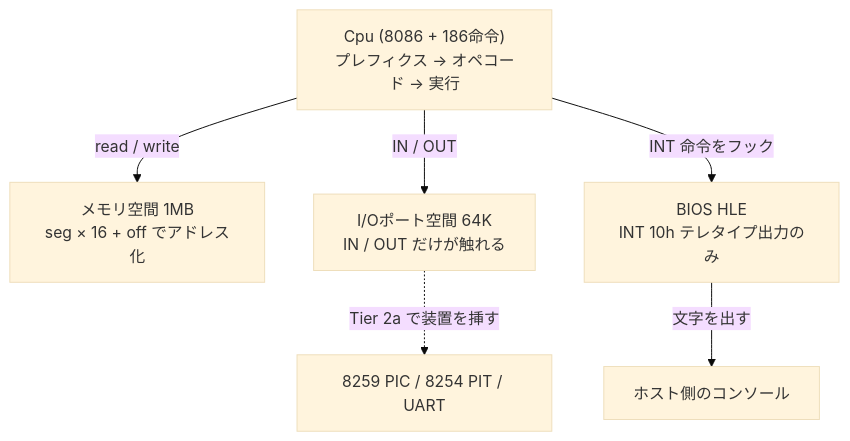
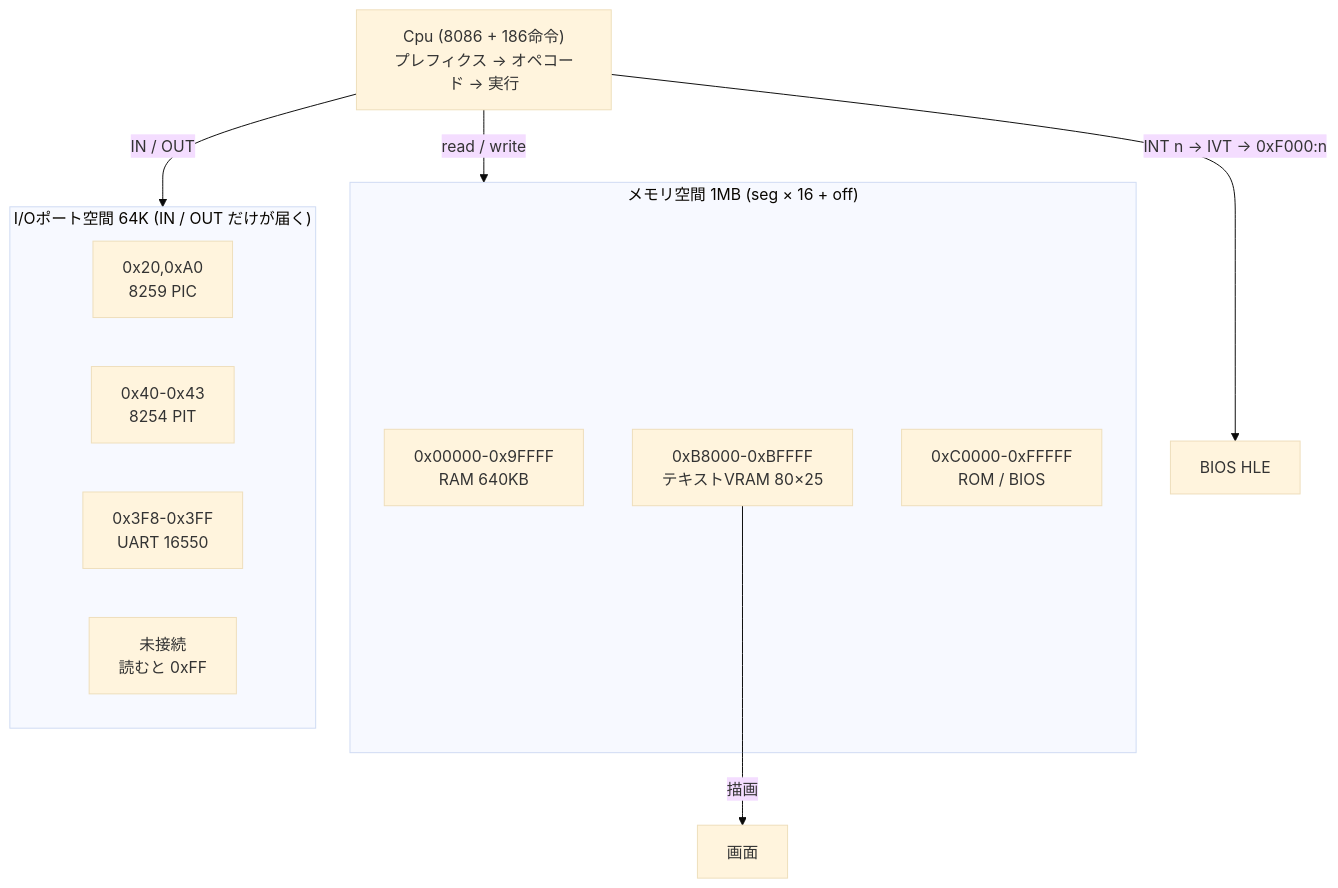
Before and after one commit to yoshiharu-ishii/rustx86: the first of 6 diagrams in docs/architecture.md, drawn with Mermaid (base theme). The commit also changed other lines of this file and 7 other files, not shown here.

````diff
--- a/docs/architecture.md
+++ b/docs/architecture.md
@@ -10,12 +10,22 @@
 ```mermaid
 flowchart TB
     CPU["Cpu (8086 + 186命令)<br>プレフィクス → オペコード → 実行"]
-    MEM["メモリ空間 1MB<br>seg × 16 + off でアドレス化"]
-    PORT["I/Oポート空間 64K<br>IN / OUT だけが触れる"]
-    BIOS["BIOS HLE<br>INT 10h テレタイプ出力のみ"]
-    CPU -->|"read / write"| MEM
-    CPU -->|"IN / OUT"| PORT
-    CPU -->|"INT 命令をフック"| BIOS
-    BIOS -->|"文字を出す"| HOST["ホスト側のコンソール"]
-    PORT -.->|"Tier 2a で装置を挿す"| DEV["8259 PIC / 8254 PIT / UART"]
+
+    subgraph MSPACE["メモリ空間 1MB (seg × 16 + off)"]
+        RAM["0x00000-0x9FFFF<br>RAM 640KB"]
+        VTEXT["0xB8000-0xBFFFF<br>テキストVRAM 80×25"]
+        ROM["0xC0000-0xFFFFF<br>ROM / BIOS"]
+    end
+
+    subgraph IOSPACE["I/Oポート空間 64K (IN / OUT だけが届く)"]
+        PIC["0x20,0xA0<br>8259 PIC"]
+        PIT["0x40-0x43<br>8254 PIT"]
+        UART["0x3F8-0x3FF<br>UART 16550"]
+        NONE["未接続<br>読むと 0xFF"]
+    end
+
+    CPU -->|"read / write"| MSPACE
+    CPU -->|"IN / OUT"| IOSPACE
+    CPU -->|"INT n → IVT → 0xF000:n"| BIOS["BIOS HLE"]
+    VTEXT -->|"描画"| SCREEN["画面"]
 ```
````
